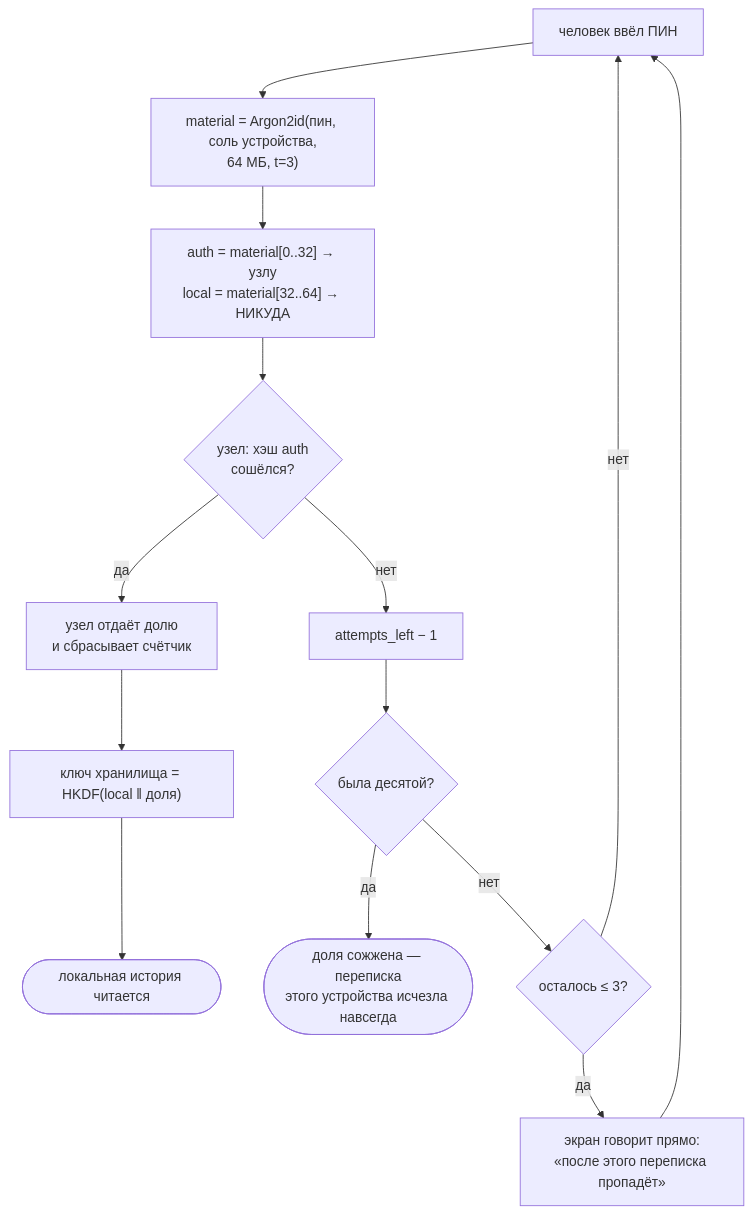
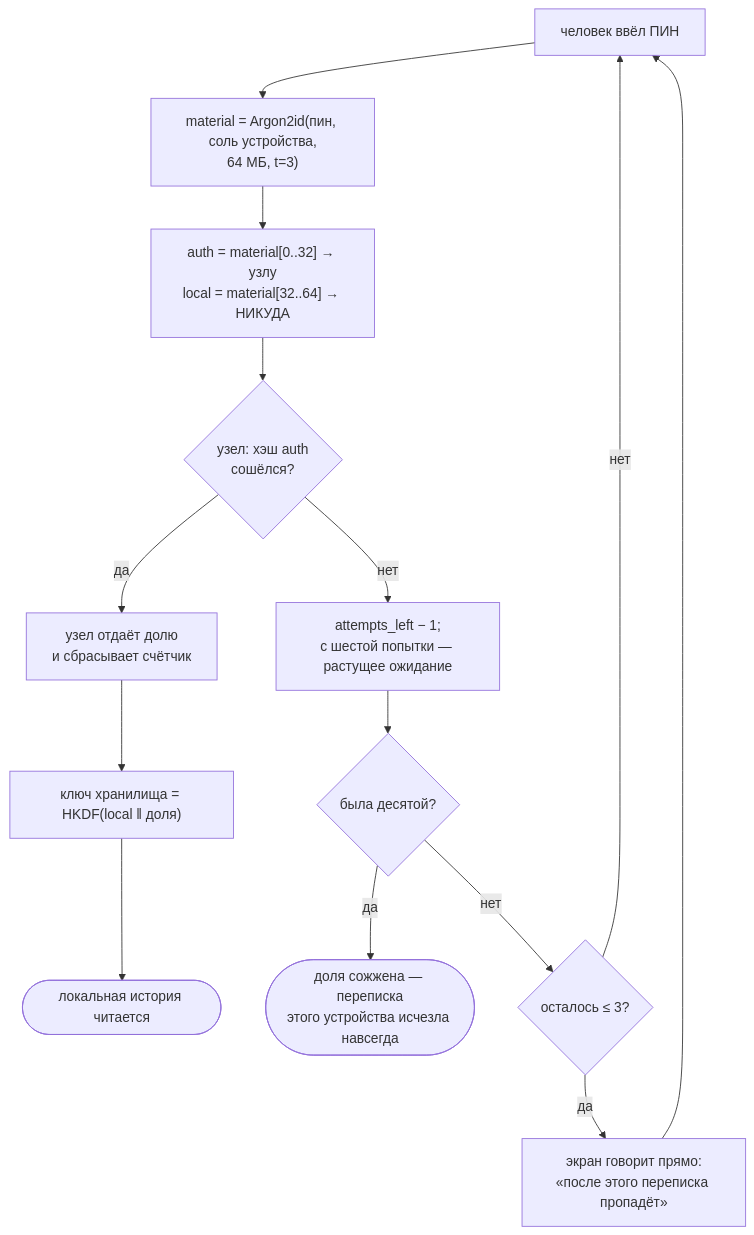
The third of 30 diagrams in docs/chat-flows_RU.md (panov-id/xor.ad), drawn with Mermaid before and after one commit. The commit also changed 9 other files, not shown here.

````diff
--- a/docs/chat-flows_RU.md
+++ b/docs/chat-flows_RU.md
@@ -93,16 +93,16 @@
 ```mermaid
 flowchart TD
   pin["человек ввёл ПИН"] --> argon["material = Argon2id#40;пин, соль устройства,<br/>64 МБ, t=3#41;"]
   argon --> split["auth = material[0..32] → узлу<br/>local = material[32..64] → НИКУДА"]
   split --> check{"узел: хэш auth<br/>сошёлся?"}
   check -- "да" --> give["узел отдаёт долю<br/>и сбрасывает счётчик"]
   give --> key["ключ хранилища = HKDF#40;local ‖ доля#41;"]
   key --> open(["локальная история читается"])
-  check -- "нет" --> dec["attempts_left − 1"]
+  check -- "нет" --> dec["attempts_left − 1;<br/>с шестой попытки — растущее ожидание"]
   dec --> burn{"была десятой?"}
   burn -- "да" --> dead(["доля сожжена — переписка<br/>этого устройства исчезла навсегда"])
   burn -- "нет" --> warn{"осталось ≤ 3?"}
   warn -- "да" --> say["экран говорит прямо:<br/>«после этого переписка пропадёт»"]
   warn -- "нет" --> pin
   say --> pin
 ```
````
